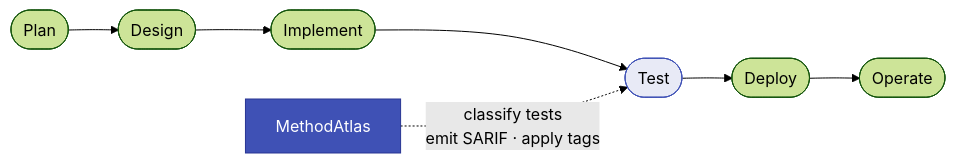
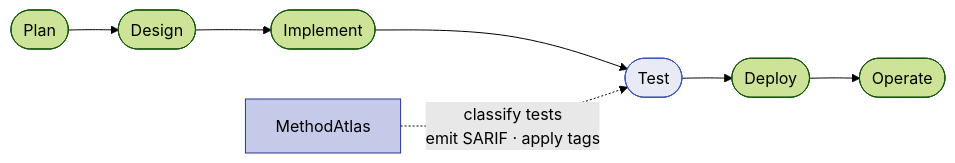
Before and after one commit to Accenture/MethodAtlas: the first of 2 diagrams in docs/why-methodatlas.md, drawn with Mermaid (forest theme). The commit also changed other lines of this file and 1 other file, not shown here.

Commit message:
fix(docs): replace dark-blue node fill with readable light indigo in diagrams
Dark blue (#3f51b5) Mermaid nodes had black text rendered over them despite
color:#fff being set, because the MkDocs Material / Mermaid renderer did not
reliably apply the color attribute. Changed fill to #c5cae9 (Indigo 100) so
black text is naturally readable without relying on a color override.

````diff
--- a/docs/why-methodatlas.md
+++ b/docs/why-methodatlas.md
@@ -29,8 +29,8 @@
 ```mermaid
 flowchart LR
     A([Plan]) --> B([Design]) --> C([Implement]) --> D([Test]) --> E([Deploy]) --> F([Operate])
     MA[MethodAtlas]
     MA -. classify tests\nemit SARIF · apply tags .-> D
-    style MA fill:#3f51b5,color:#fff,stroke:#283593
+    style MA fill:#c5cae9,stroke:#283593
     style D  fill:#e8eaf6,stroke:#3f51b5
 ```
````
